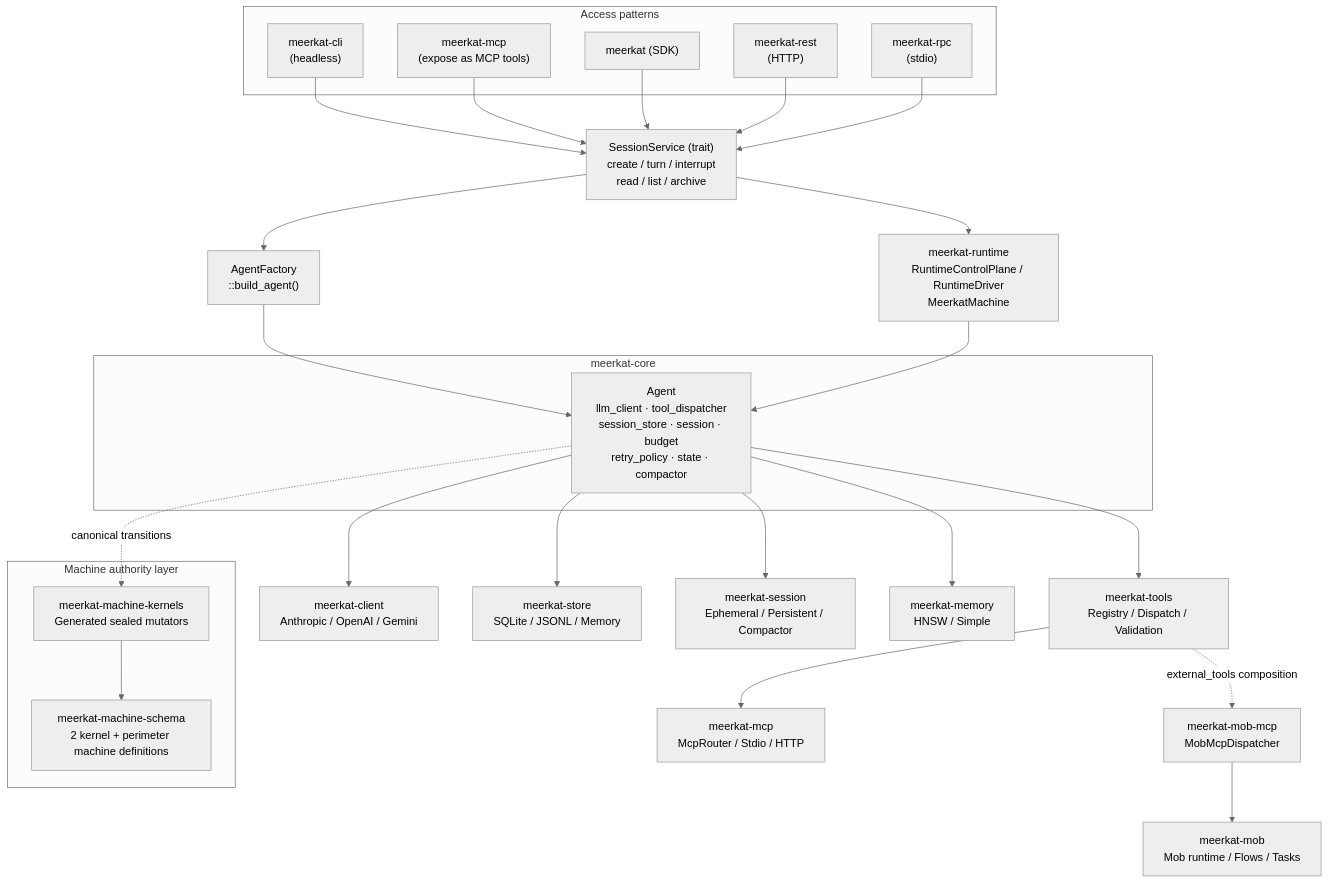
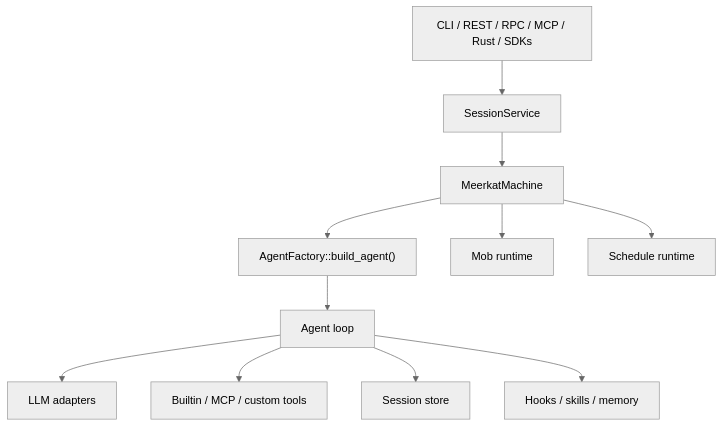
The diagram in docs/reference/architecture.mdx (lukacf/meerkat), drawn with Mermaid (neutral theme) before and after one commit. The commit also changed other lines of this file and 114 other files, not shown here.

Commit message:
docs: prune obsolete architecture docs

````diff
--- a/docs/reference/architecture.mdx
+++ b/docs/reference/architecture.mdx
@@ -116,54 +15,14 @@
 ```mermaid
 graph TD
-    subgraph surfaces["Access patterns"]
-        CLI["meerkat-cli<br/>(headless)"]
-        MCPS["meerkat-mcp<br/>(expose as MCP tools)"]
-        SDK["meerkat (SDK)"]
-        REST["meerkat-rest<br/>(HTTP)"]
-        RPC["meerkat-rpc<br/>(stdio)"]
-    end
+    SURFACES["CLI / REST / RPC / MCP / Rust / SDKs"] --> SERVICE["SessionService"]
+    SERVICE --> MACHINE["MeerkatMachine"]
+    MACHINE --> FACTORY["AgentFactory::build_agent()"]
+    FACTORY --> AGENT["Agent loop"]
 
-    SS["SessionService (trait)<br/>create / turn / interrupt<br/>read / list / archive"]
-    AF["AgentFactory<br/>::build_agent()"]
-
-    CLI --> SS
-    MCPS --> SS
-    SDK --> SS
-    REST --> SS
-    RPC --> SS
-    SS --> AF
-
-    subgraph core["meerkat-core"]
-        AGENT["Agent<br/>llm_client · tool_dispatcher<br/>session_store · session · budget<br/>retry_policy · state · compactor"]
-    end
-
-    subgraph authority["Machine authority layer"]
-        SCHEMA2["meerkat-machine-schema<br/>2 kernel + perimeter machine definitions"]
-        KERNELS2["meerkat-machine-kernels<br/>Generated sealed mutators"]
-    end
-
-    AF --> AGENT
-    AGENT -.->|canonical transitions| KERNELS2
-    KERNELS2 --> SCHEMA2
-
-    RUNT["meerkat-runtime<br/>RuntimeControlPlane / RuntimeDriver<br/>MeerkatMachine"]
-    CLIENT["meerkat-client<br/>Anthropic / OpenAI / Gemini"]
-    TOOLS["meerkat-tools<br/>Registry / Dispatch / Validation"]
-    STORE["meerkat-store<br/>SQLite / JSONL / Memory"]
-    SESSION["meerkat-session<br/>Ephemeral / Persistent / Compactor"]
-    MEMORY["meerkat-memory<br/>HNSW / Simple"]
-    MCP["meerkat-mcp<br/>McpRouter / Stdio / HTTP"]
-    MOB["meerkat-mob<br/>Mob runtime / Flows / Tasks"]
-    MOBMCP["meerkat-mob-mcp<br/>MobMcpDispatcher"]
-
-    SS --> RUNT
-    RUNT --> AGENT
-    AGENT --> CLIENT
-    AGENT --> TOOLS
-    AGENT --> STORE
-    AGENT --> SESSION
-    AGENT --> MEMORY
-    TOOLS --> MCP
-    MOBMCP --> MOB
-    TOOLS -.->|external_tools composition| MOBMCP
+    AGENT --> PROVIDERS["LLM adapters"]
+    AGENT --> TOOLS["Builtin / MCP / custom tools"]
+    AGENT --> STORE["Session store"]
+    AGENT --> HOOKS["Hooks / skills / memory"]
+    MACHINE --> MOB["Mob runtime"]
+    MACHINE --> SCHEDULE["Schedule runtime"]
 ```
````
